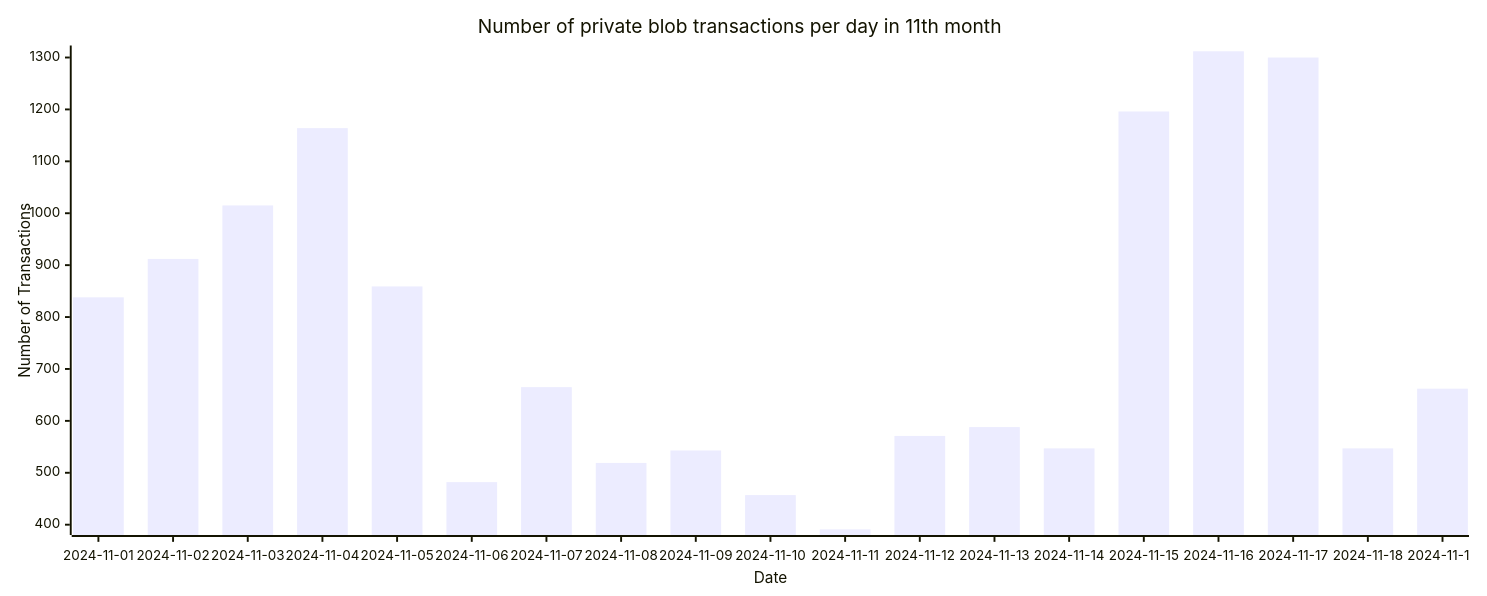
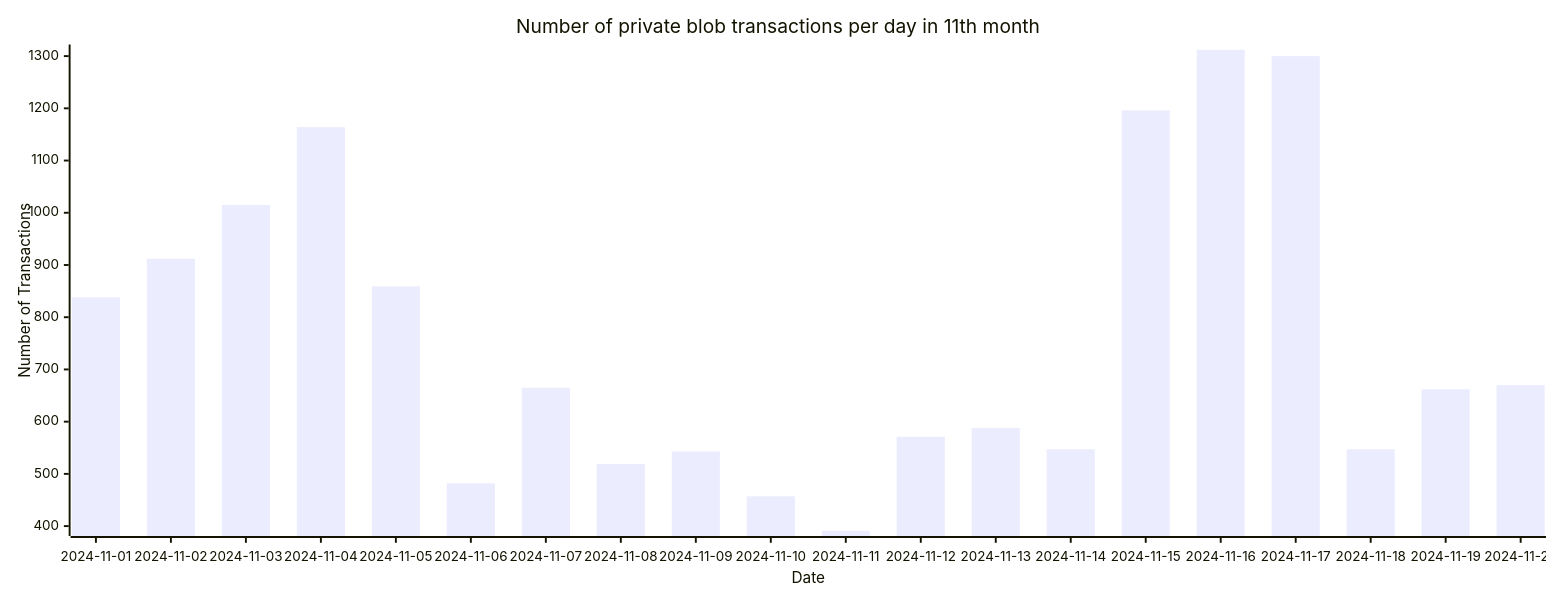
Before and after one commit to Amit0617/eip4844-data: the ninth of 9 diagrams in README.md, drawn with Mermaid. The commit also changed 1 other file, not shown here.

````diff
--- a/README.md
+++ b/README.md
@@ -105,12 +105,12 @@
 ```mermaid
 ---
 config:
     xyChart:
-        width: 1520
+        width: 1600
         height: 600
 ---
 xychart-beta title "Number of private blob transactions per day in 11th month"
-x-axis "Date" [2024-11-01,2024-11-02,2024-11-03,2024-11-04,2024-11-05,2024-11-06,2024-11-07,2024-11-08,2024-11-09,2024-11-10,2024-11-11,2024-11-12,2024-11-13,2024-11-14,2024-11-15,2024-11-16,2024-11-17,2024-11-18,2024-11-19]
+x-axis "Date" [2024-11-01,2024-11-02,2024-11-03,2024-11-04,2024-11-05,2024-11-06,2024-11-07,2024-11-08,2024-11-09,2024-11-10,2024-11-11,2024-11-12,2024-11-13,2024-11-14,2024-11-15,2024-11-16,2024-11-17,2024-11-18,2024-11-19,2024-11-20]
 y-axis "Number of Transactions"
-bar[838,912,1015,1164,859,482,665,519,543,457,391,571,588,547,1196,1312,1300,547,662]
+bar[838,912,1015,1164,859,482,665,519,543,457,391,571,588,547,1196,1312,1300,547,662,670]
 ```
````
